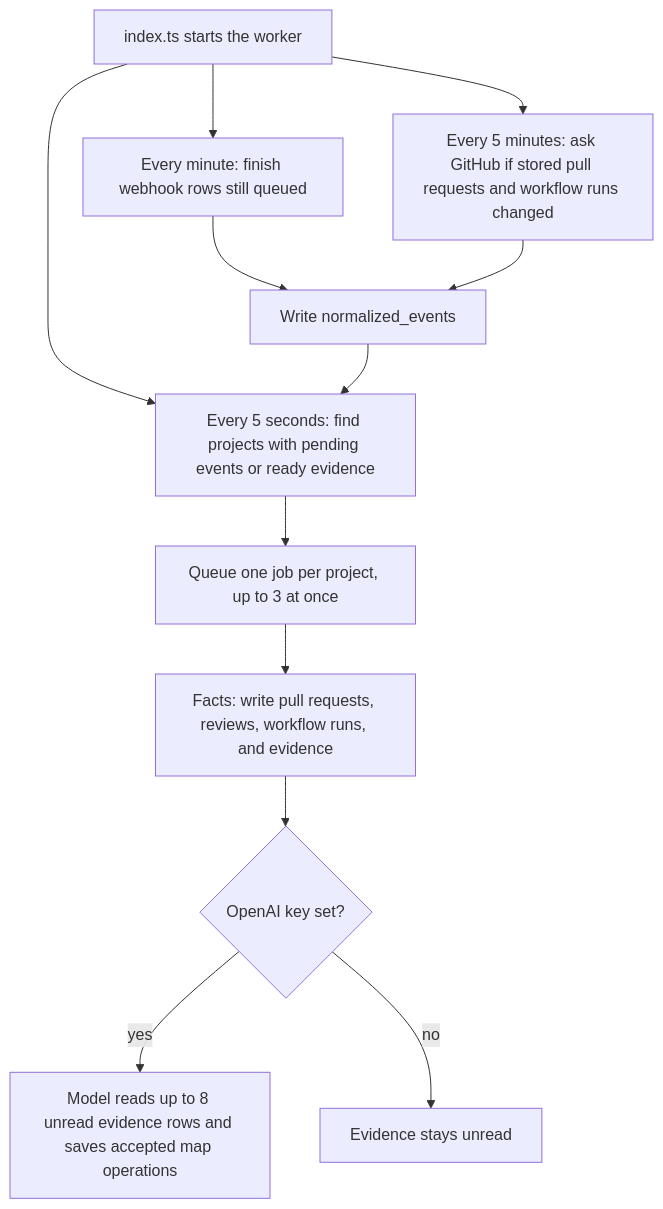
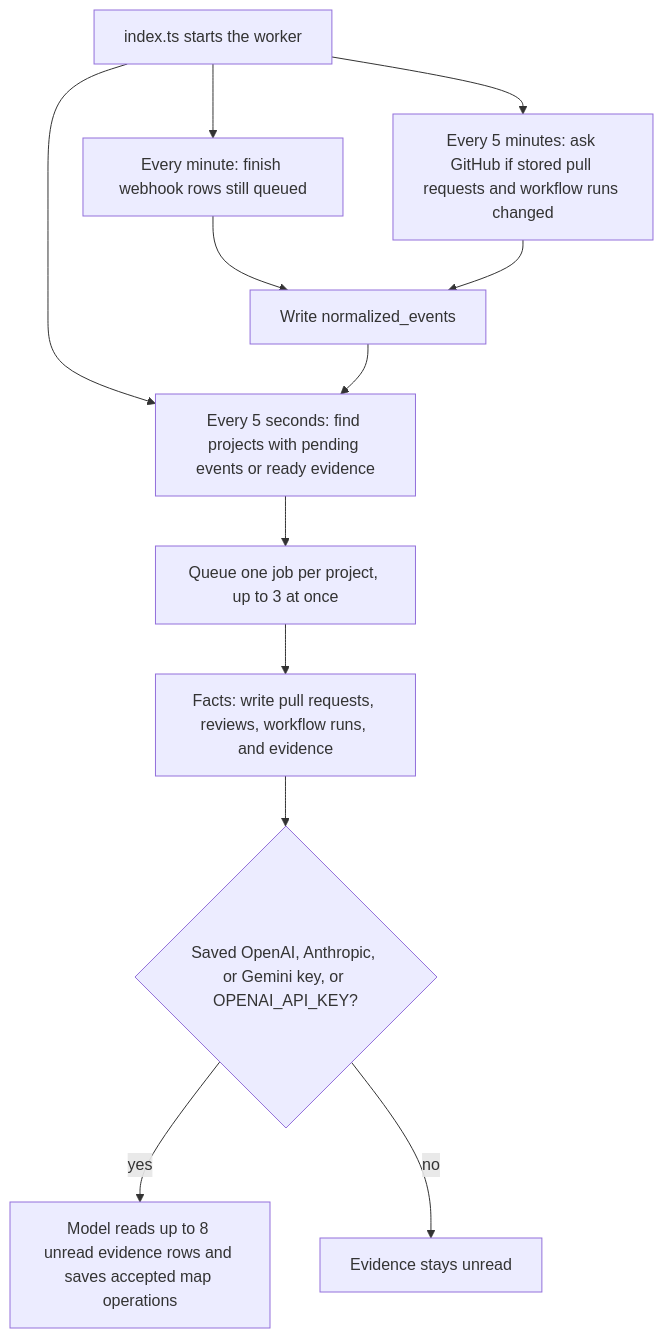
One commit to bryanlaiwei/automatic-project-map changed the diagram in apps/worker/README.md. Above: the diagram before and after it, drawn with Mermaid. The commit also changed 27 other files, not shown here.

````diff
--- a/apps/worker/README.md
+++ b/apps/worker/README.md
@@ -7,16 +7,16 @@
 ```mermaid
 flowchart TD
   start["index.ts starts the worker"] --> minute["Every minute: finish webhook rows still queued"]
   start --> fiveMin["Every 5 minutes: ask GitHub if stored pull requests and workflow runs changed"]
   start --> fiveSec["Every 5 seconds: find projects with pending events or ready evidence"]
 
   minute --> events["Write normalized_events"]
   fiveMin --> events
 
   fiveSec --> job["Queue one job per project, up to 3 at once"]
   job --> facts["Facts: write pull requests, reviews, workflow runs, and evidence"]
-  facts --> model{"OpenAI key set?"}
+  facts --> model{"Saved OpenAI, Anthropic, or Gemini key, or OPENAI_API_KEY?"}
   model -->|yes| interpret["Model reads up to 8 unread evidence rows and saves accepted map operations"]
   model -->|no| wait["Evidence stays unread"]
   events --> fiveSec
 ```
````
